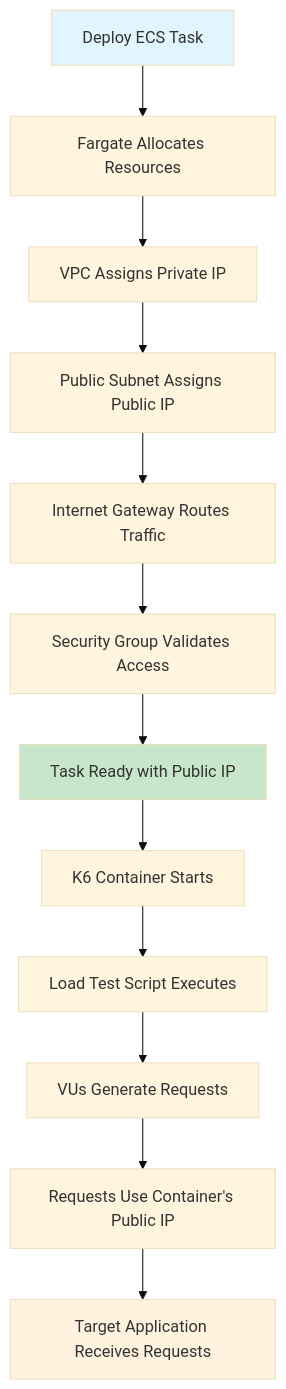
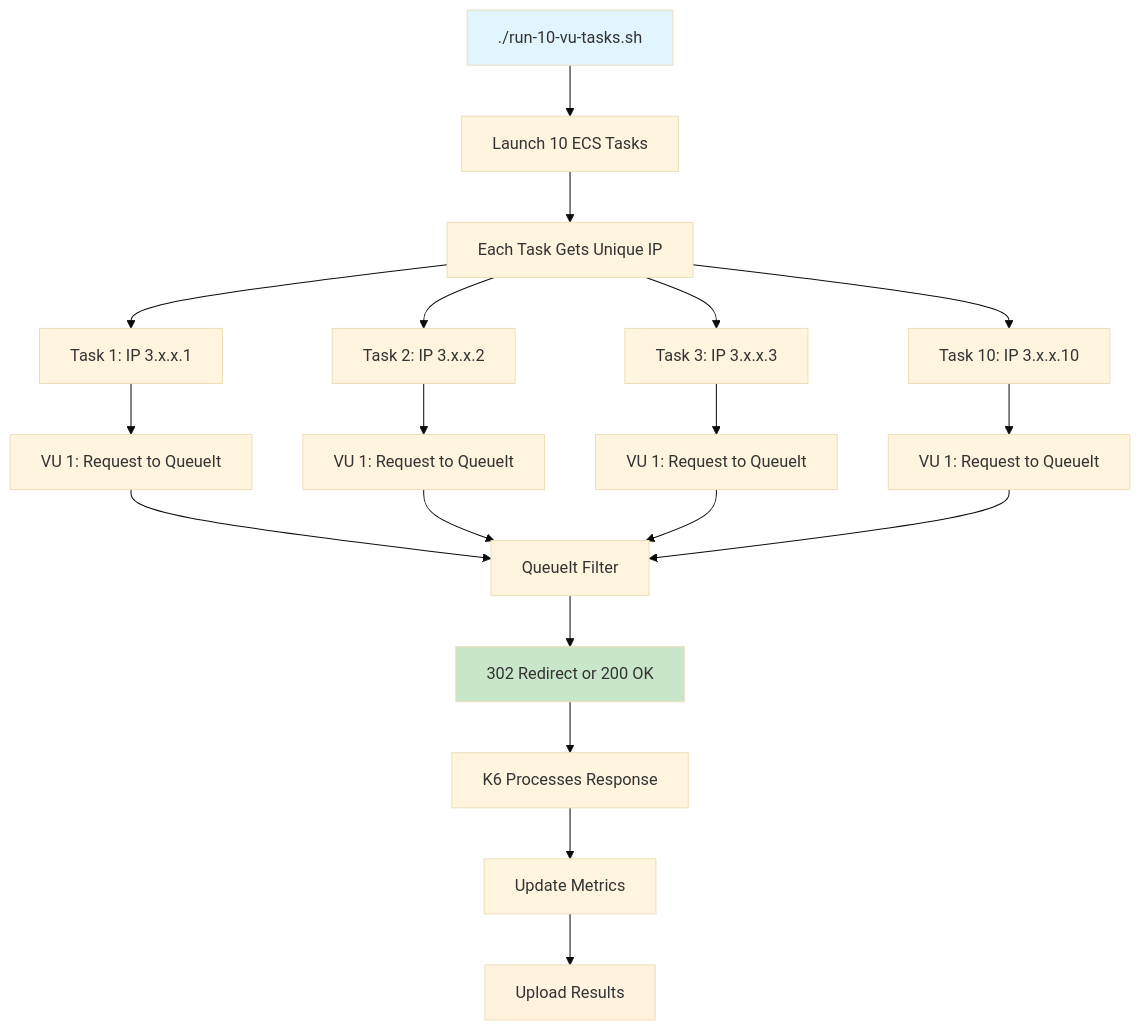
Before and after one commit to stprojects3006/aflow-app: the first of 11 diagrams in testing-projects/iploads-with-k6-container/SOLUTION_ARCHITECTURE.md, drawn with Mermaid (base theme). The commit also changed other lines of this file and 39 other files, not shown here.

````diff
--- a/testing-projects/iploads-with-k6-container/SOLUTION_ARCHITECTURE.md
+++ b/testing-projects/iploads-with-k6-container/SOLUTION_ARCHITECTURE.md
@@ -152,19 +199,28 @@
 ```mermaid
 flowchart TD
-    A[Deploy ECS Task] --> B[Fargate Allocates Resources]
-    B --> C[VPC Assigns Private IP]
-    C --> D[Public Subnet Assigns Public IP]
-    D --> E[Internet Gateway Routes Traffic]
-    E --> F[Security Group Validates Access]
-    F --> G[Task Ready with Public IP]
+    A[./run-10-vu-tasks.sh] --> B[Launch 10 ECS Tasks]
+    B --> C[Each Task Gets Unique IP]
+    C --> D[Task 1: IP 3.x.x.1]
+    C --> E[Task 2: IP 3.x.x.2]
+    C --> F[Task 3: IP 3.x.x.3]
+    C --> G[Task 10: IP 3.x.x.10]
     
-    G --> H[K6 Container Starts]
-    H --> I[Load Test Script Executes]
-    I --> J[VUs Generate Requests]
-    J --> K[Requests Use Container's Public IP]
-    K --> L[Target Application Receives Requests]
+    D --> H[VU 1: Request to QueueIt]
+    E --> I[VU 1: Request to QueueIt]
+    F --> J[VU 1: Request to QueueIt]
+    G --> K[VU 1: Request to QueueIt]
+    
+    H --> L[QueueIt Filter]
+    I --> L
+    J --> L
+    K --> L
+    
+    L --> M[302 Redirect or 200 OK]
+    M --> N[K6 Processes Response]
+    N --> O[Update Metrics]
+    O --> P[Upload Results]
     
     style A fill:#e1f5fe
-    style G fill:#c8e6c9
-    style L fill:#fff3e0
+    style M fill:#c8e6c9
+    style P fill:#fff3e0
 ```
````
